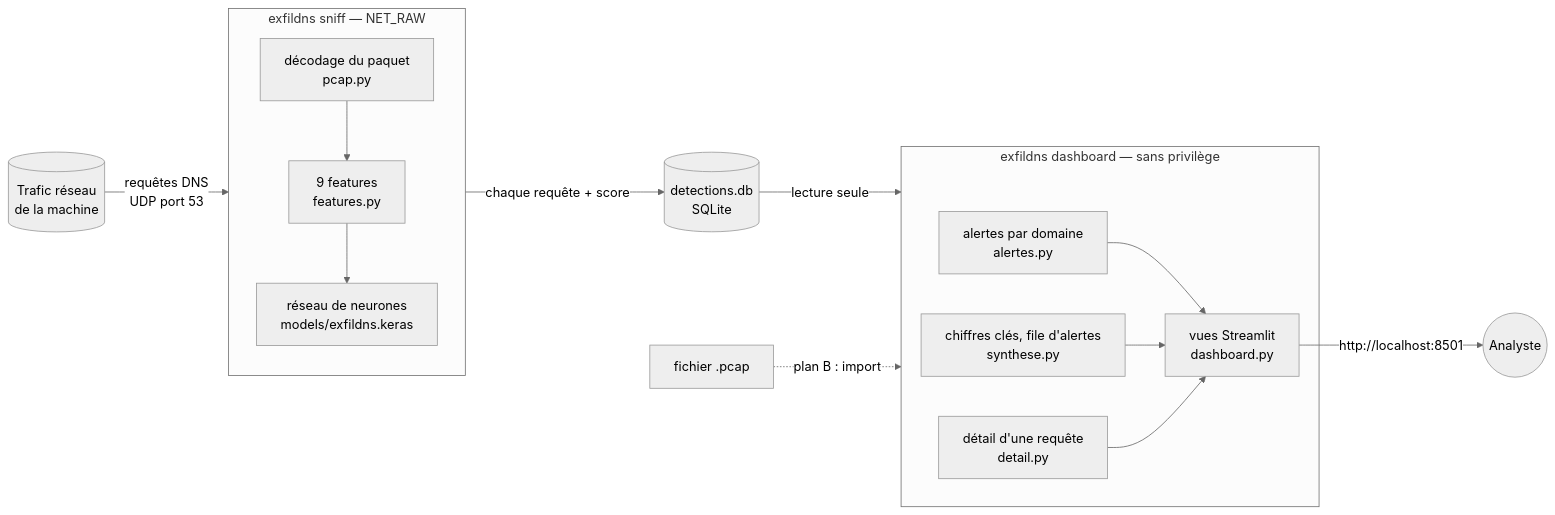
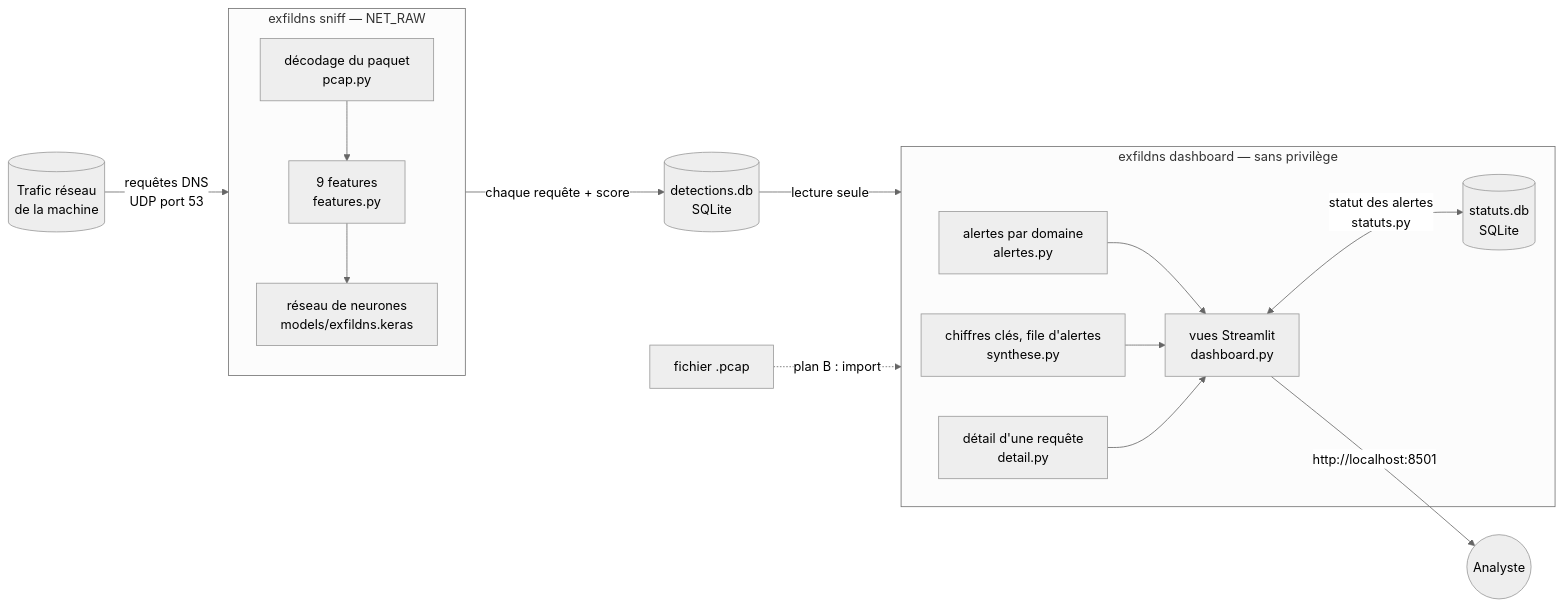
One commit to PabloHavane/exfildns changed the diagram in docs/deploiement.md. Above: the diagram before and after it, drawn with Mermaid (neutral theme). The commit also changed other lines of this file and 10 other files, not shown here.

First line of the commit message:
feat(dashboard): statut des alertes (nouvelle / en cours / faux positif / close) (#83)

````diff
--- a/docs/deploiement.md
+++ b/docs/deploiement.md
@@ -9,16 +9,17 @@
 ```mermaid
 flowchart LR
     R[(Trafic réseau<br/>de la machine)] -->|requêtes DNS<br/>UDP port 53| S
     subgraph S [exfildns sniff — NET_RAW]
         D[décodage du paquet<br/>pcap.py] --> F[9 features<br/>features.py] --> M[réseau de neurones<br/>models/exfildns.keras]
     end
     S -->|chaque requête + score| B[(detections.db<br/>SQLite)]
     B -->|lecture seule| T
     subgraph T [exfildns dashboard — sans privilège]
         A[alertes par domaine<br/>alertes.py] --> V[vues Streamlit<br/>dashboard.py]
         Y[chiffres clés, file d'alertes<br/>synthese.py] --> V
         Q[détail d'une requête<br/>detail.py] --> V
+        V <-->|statut des alertes<br/>statuts.py| E[(statuts.db<br/>SQLite)]
     end
     V -->|http://localhost:8501| U((Analyste))
     P[fichier .pcap] -.->|plan B : import| T
 ```
````
